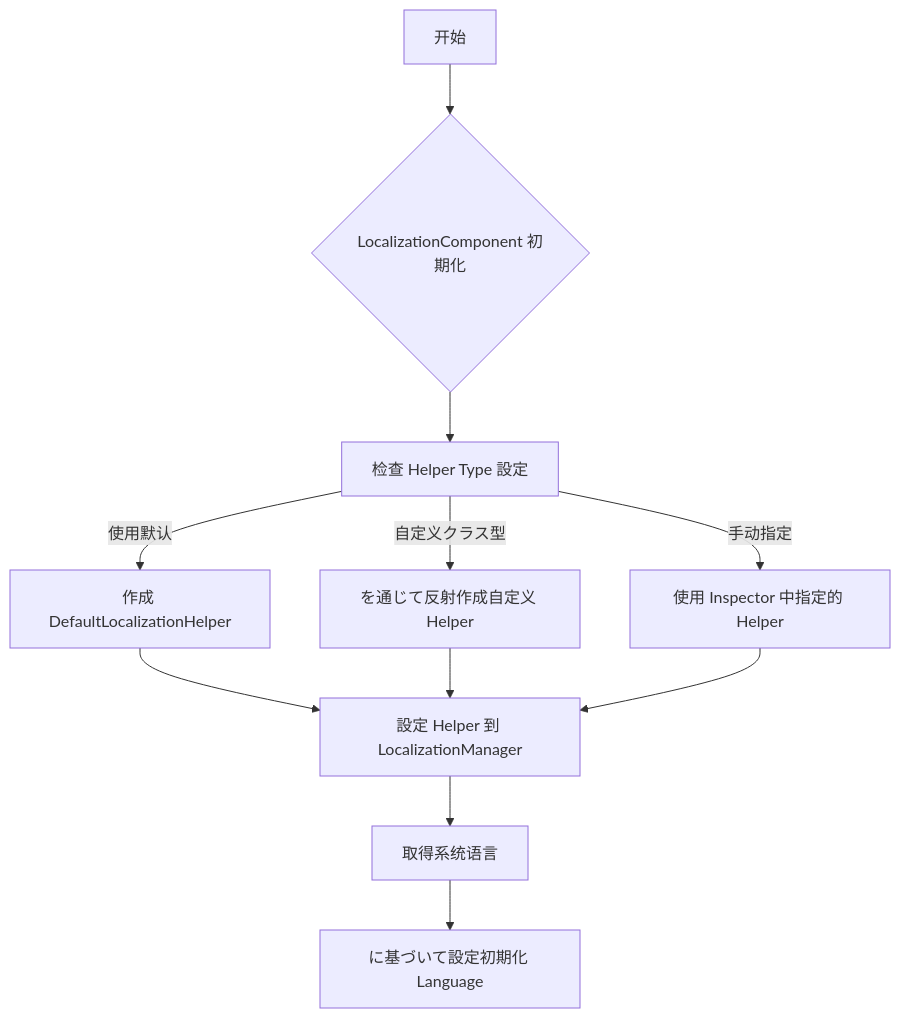
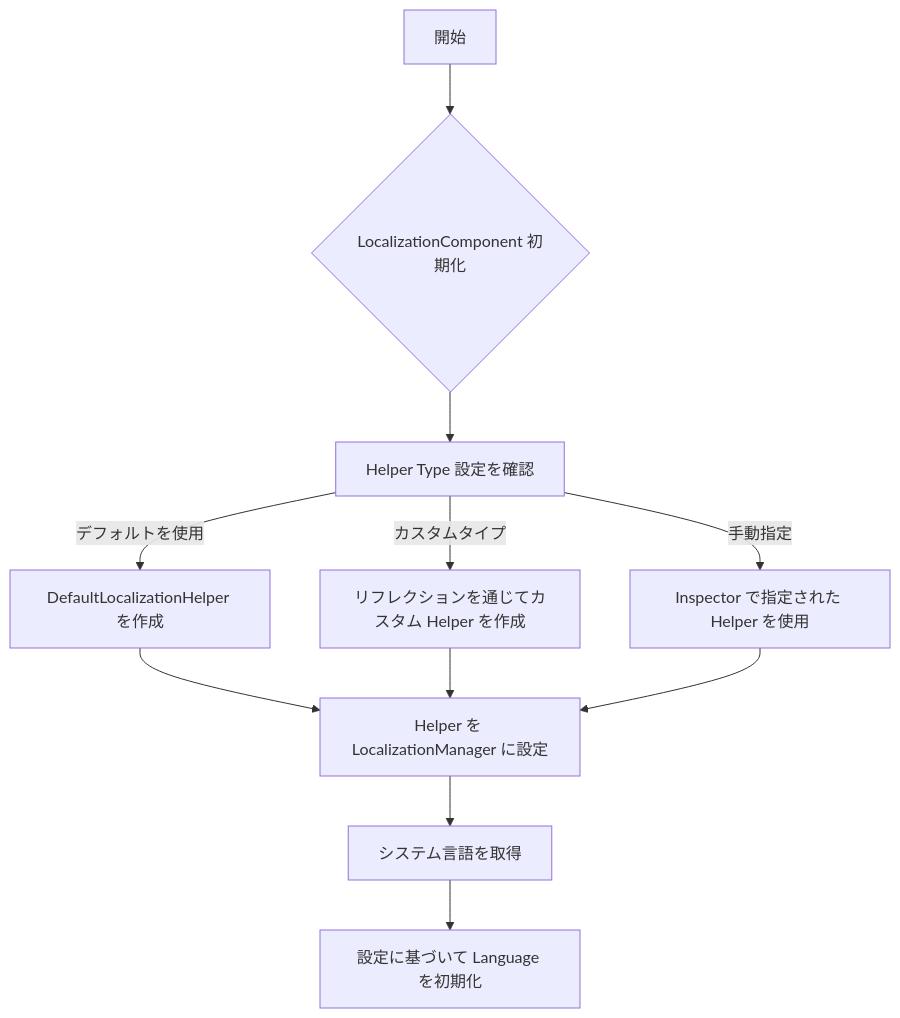
The first of 2 diagrams in docs/ja/client/unity/component/localization/07.configuration.md (AlianBlank/GameFrameX.Docs), drawn with Mermaid before and after one commit. The commit also changed other lines of this file and 320 other files, not shown here.

````diff
--- a/docs/ja/client/unity/component/localization/07.configuration.md
+++ b/docs/ja/client/unity/component/localization/07.configuration.md
@@ -244,13 +244,13 @@
 ```mermaid
 flowchart TD
-    A[开始] --> B{LocalizationComponent 初期化}
-    B --> C[检查 Helper Type 設定]
-    C -->|使用默认| D[作成 DefaultLocalizationHelper]
-    C -->|自定义クラス型| E[を通じて反射作成自定义 Helper]
-    C -->|手动指定| F[使用 Inspector 中指定的 Helper]
-    D --> G[設定 Helper 到 LocalizationManager]
+    A[開始] --> B{LocalizationComponent 初期化}
+    B --> C[Helper Type 設定を確認]
+    C -->|デフォルトを使用| D[DefaultLocalizationHelper を作成]
+    C -->|カスタムタイプ| E[リフレクションを通じてカスタム Helper を作成]
+    C -->|手動指定| F[Inspector で指定された Helper を使用]
+    D --> G[Helper を LocalizationManager に設定]
     E --> G
     F --> G
-    G --> H[取得系统语言]
-    H --> I[に基づいて設定初期化 Language]
+    G --> H[システム言語を取得]
+    H --> I[設定に基づいて Language を初期化]
 ```
````
